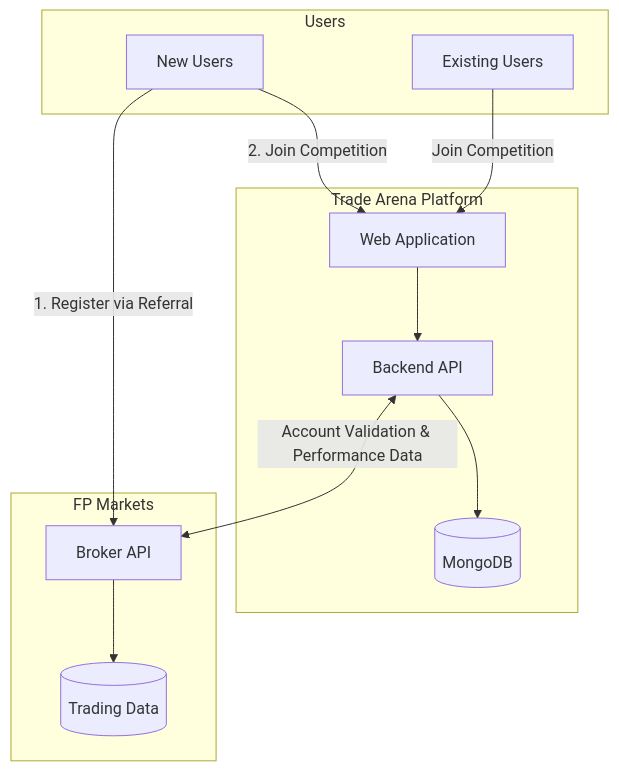
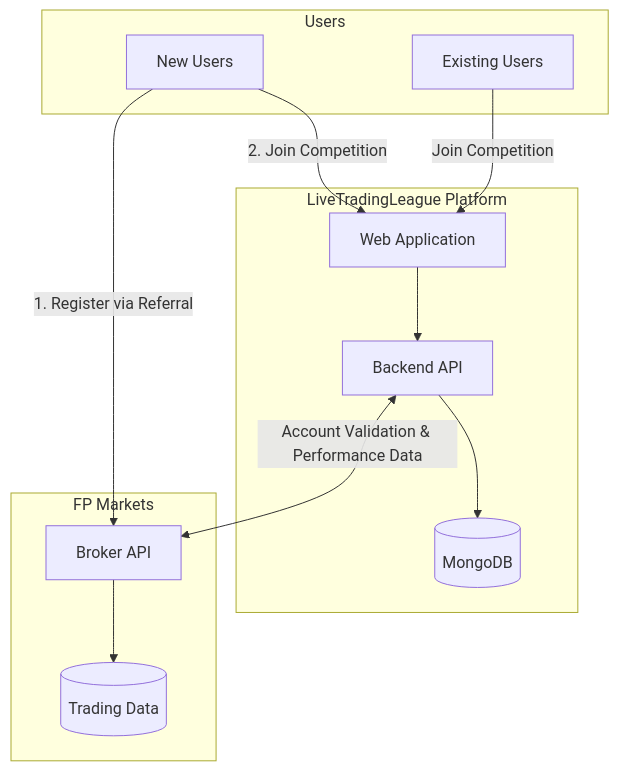
Before and after one commit to livetradingcoder/trade-cmp: the first of 11 diagrams in .docs/REQUIREMENTS_BROKER_INTEGRATION.md, drawn with Mermaid. The commit also changed other lines of this file and 14 other files, not shown here.

Commit message:
refactor: rename "Trade Arena" to "LiveTradingLeague" across the codebase, documentation, and configuration.

````diff
--- a/.docs/REQUIREMENTS_BROKER_INTEGRATION.md
+++ b/.docs/REQUIREMENTS_BROKER_INTEGRATION.md
@@ -19,26 +19,26 @@
 ```mermaid
 flowchart TB
-    subgraph "Trade Arena Platform"
+    subgraph "LiveTradingLeague Platform"
         WEB[Web Application]
         API[Backend API]
         DB[(MongoDB)]
     end
 
     subgraph "FP Markets"
         BROKER_API[Broker API]
         BROKER_DB[(Trading Data)]
     end
 
     subgraph "Users"
         NEW[New Users]
         EXISTING[Existing Users]
     end
 
     NEW -->|1. Register via Referral| BROKER_API
     NEW -->|2. Join Competition| WEB
     EXISTING -->|Join Competition| WEB
     WEB --> API
     API --> DB
     API <-->|Account Validation & Performance Data| BROKER_API
     BROKER_API --> BROKER_DB
 ```
````
